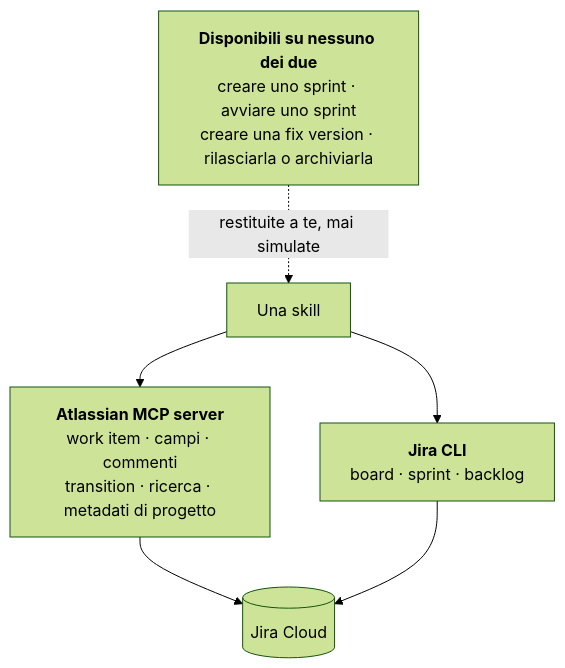
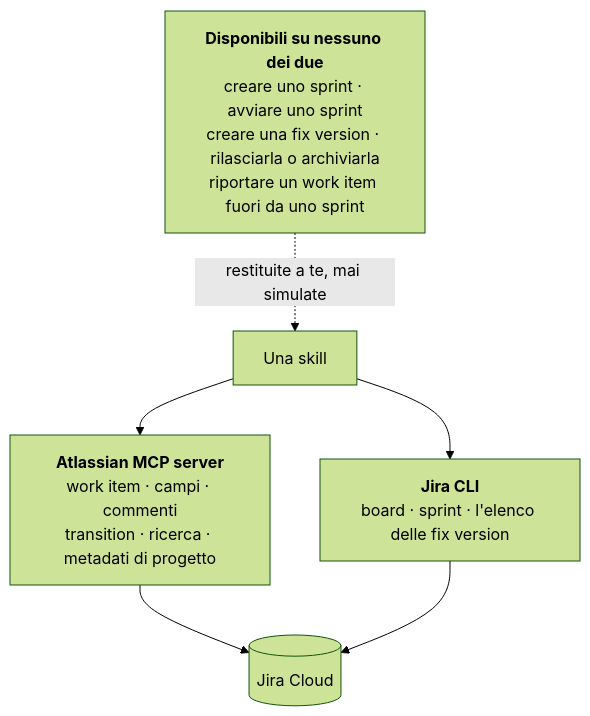
The fourth of 4 diagrams in docs/development-process.it.md (codeskine/jira-skills), drawn with Mermaid (forest theme) before and after one commit. The commit also changed other lines of this file and 25 other files, not shown here.

````diff
--- a/docs/development-process.it.md
+++ b/docs/development-process.it.md
@@ -168,10 +200,10 @@
 ```mermaid
 flowchart TB
     S["Una skill"] --> M["<b>Atlassian MCP server</b><br/>work item · campi · commenti<br/>transition · ricerca · metadati di progetto"]
-    S --> C["<b>Jira CLI</b><br/>board · sprint · backlog"]
+    S --> C["<b>Jira CLI</b><br/>board · sprint · l'elenco delle fix version"]
     M --> J[("Jira Cloud")]
     C --> J
 
-    G["<b>Disponibili su nessuno dei due</b><br/>creare uno sprint · avviare uno sprint<br/>creare una fix version · rilasciarla o archiviarla"]
+    G["<b>Disponibili su nessuno dei due</b><br/>creare uno sprint · avviare uno sprint<br/>creare una fix version · rilasciarla o archiviarla<br/>riportare un work item fuori da uno sprint"]
     G -. "restituite a te, mai simulate" .-> S
 ```
````
